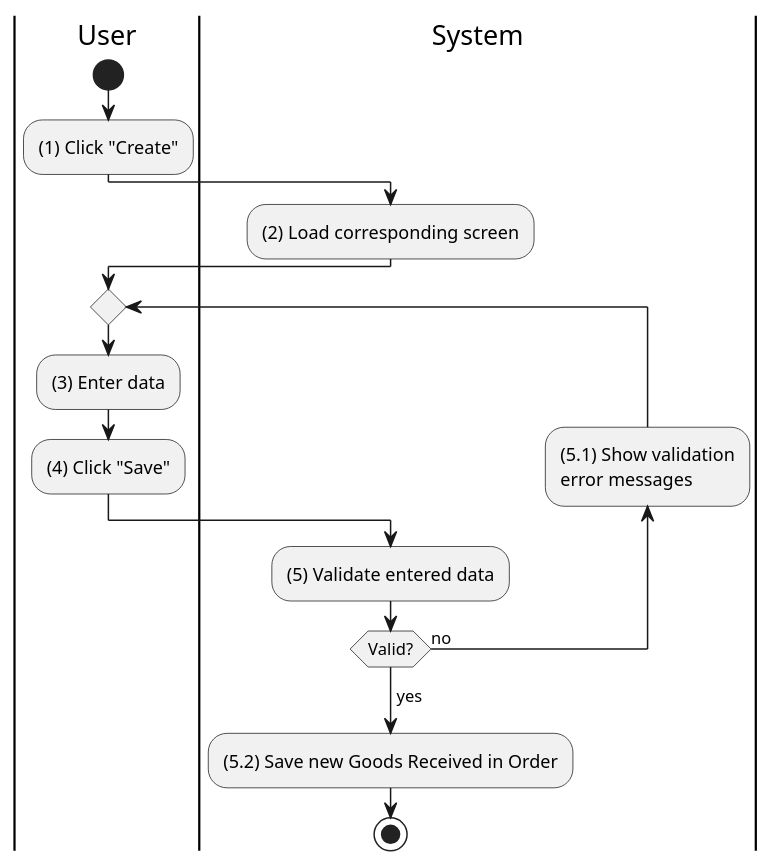
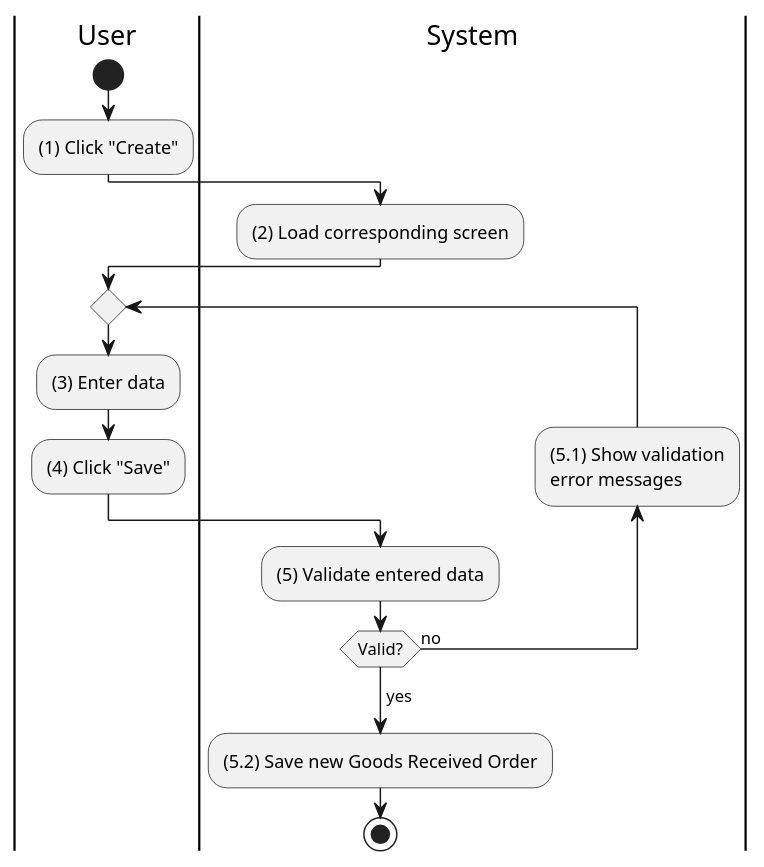
The diagram in activities/inventory-goods-receive.plantuml (phihungha/scmss-reqs), drawn with PlantUML before and after one commit. The commit also changed 53 other files, not shown here.

Commit message:
add diagrams' images

```diff
--- a/activities/inventory-goods-receive.plantuml
+++ b/activities/inventory-goods-receive.plantuml
@@ -1,24 +1,24 @@
 @startuml receive-order-create
 |u|User
 |s|System
 
 |u|
 start
 :(1) Click "Create";
 
 |s|
 :(2) Load corresponding screen;
 
 |u|
 repeat
     :(3) Enter data;
     :(4) Click "Save";
     |s|
     :(5) Validate entered data;
     backward:(5.1) Show validation
     error messages;
 repeat while (Valid?) is (no)
 ->yes;
-:(5.2) Save new Goods Received in Order;
+:(5.2) Save new Goods Received Order;
 stop
 @enduml
```
